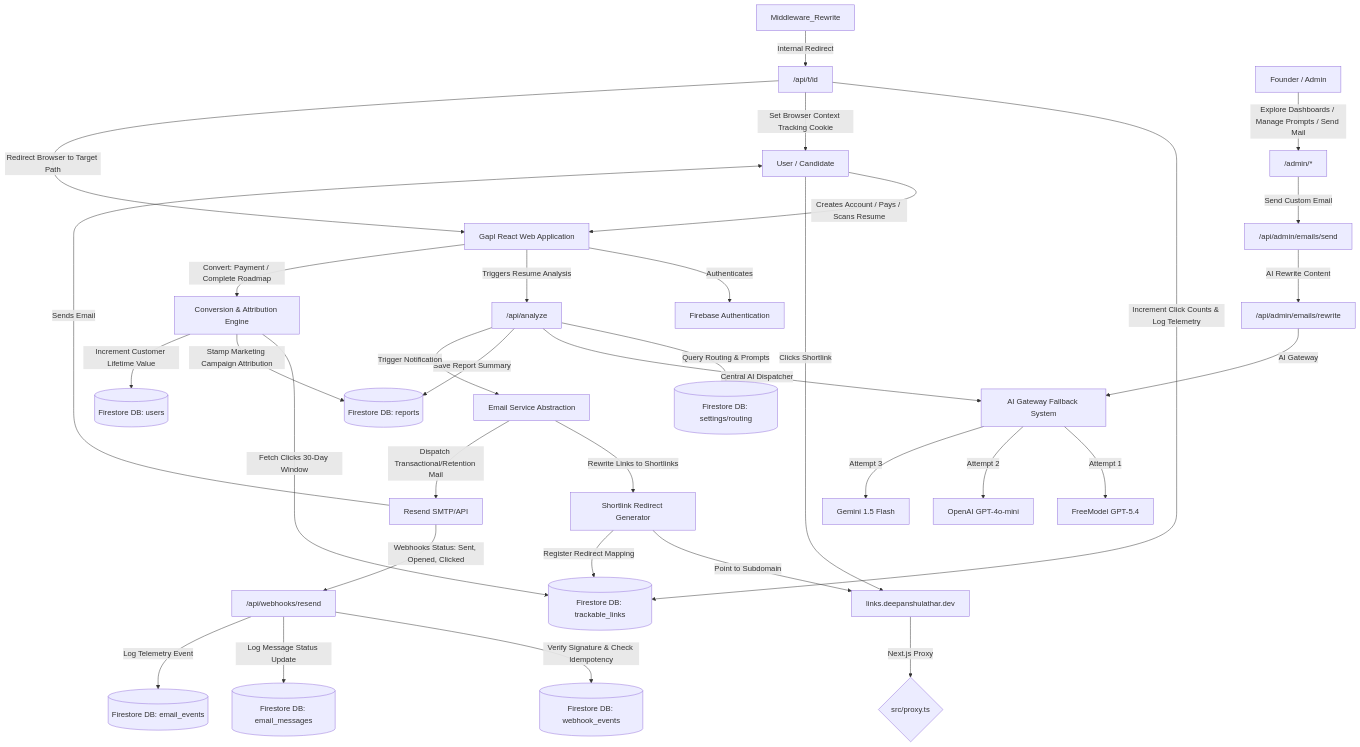
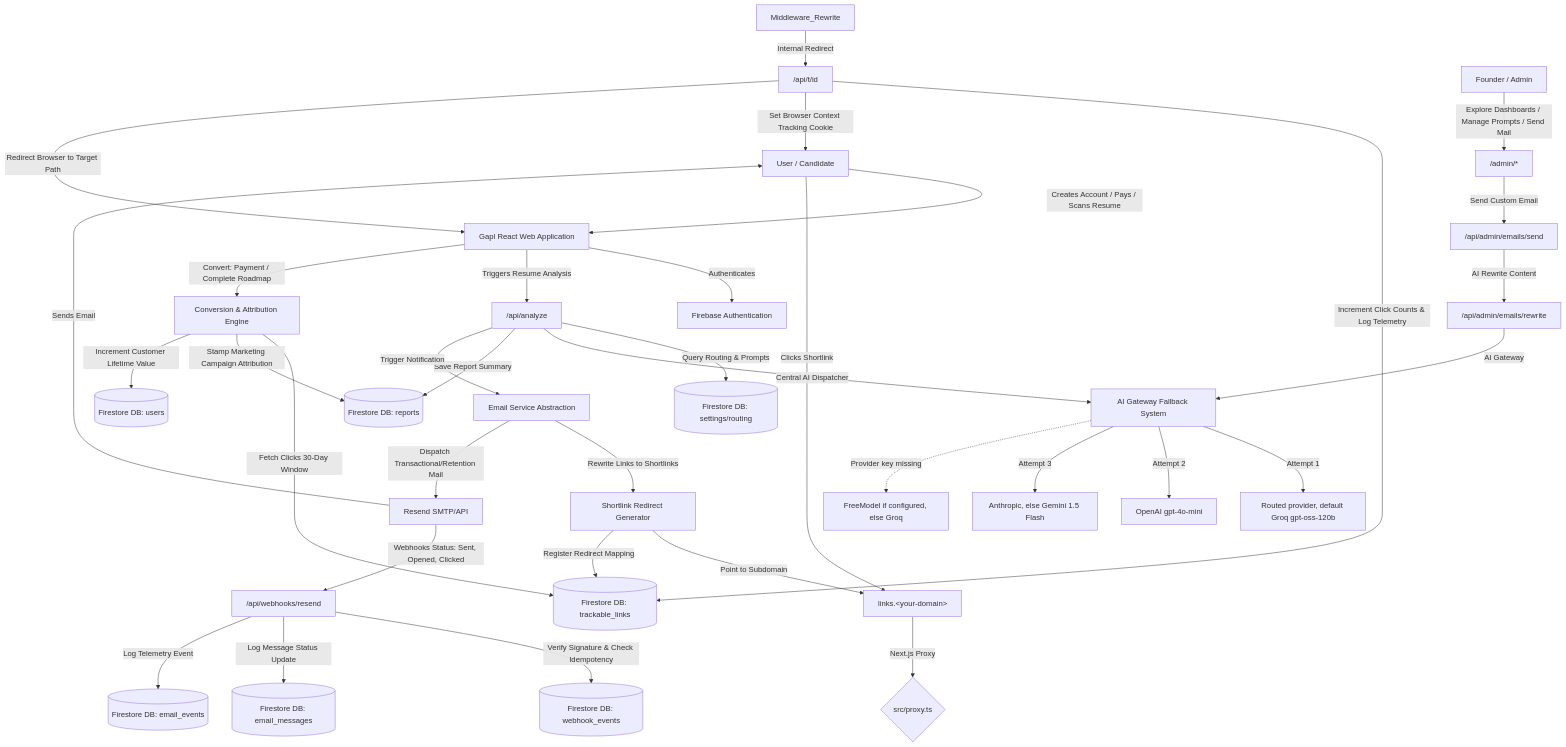
The diagram in README.md (latharrr/gapl), drawn with Mermaid before and after one commit. The commit also changed other lines of this file and 47 other files, not shown here.

````diff
--- a/README.md
+++ b/README.md
@@ -9,44 +9,45 @@
 ```mermaid
 graph TD
   User[User / Candidate] -->|Creates Account / Pays / Scans Resume| App[Gapl React Web Application]
   App -->|Authenticates| Firebase_Auth[Firebase Authentication]
   App -->|Triggers Resume Analysis| API_Analyze["/api/analyze"]
   
   API_Analyze -->|Query Routing & Prompts| Firestore[(Firestore DB: settings/routing)]
   API_Analyze -->|Central AI Dispatcher| AI_Gateway[AI Gateway Fallback System]
-  AI_Gateway -->|Attempt 1| FreeModel[FreeModel GPT-5.4]
-  AI_Gateway -->|Attempt 2| OpenAI[OpenAI GPT-4o-mini]
-  AI_Gateway -->|Attempt 3| Gemini[Gemini 1.5 Flash]
+  AI_Gateway -->|Attempt 1| Preferred[Routed provider, default Groq gpt-oss-120b]
+  AI_Gateway -->|Attempt 2| OpenAI[OpenAI gpt-4o-mini]
+  AI_Gateway -->|Attempt 3| Anthropic[Anthropic, else Gemini 1.5 Flash]
+  AI_Gateway -.->|Provider key missing| FreeModel[FreeModel if configured, else Groq]
   
   API_Analyze -->|Save Report Summary| Reports_Db[(Firestore DB: reports)]
   API_Analyze -->|Trigger Notification| Email_Service[Email Service Abstraction]
   
   Email_Service -->|Rewrite Links to Shortlinks| Link_Tracker[Shortlink Redirect Generator]
-  Link_Tracker -->|Point to Subdomain| Links_Domain["links.deepanshulathar.dev"]
+  Link_Tracker -->|Point to Subdomain| Links_Domain["links.&lt;your-domain&gt;"]
   Link_Tracker -->|Register Redirect Mapping| Trackable_Links[(Firestore DB: trackable_links)]
   
   Email_Service -->|Dispatch Transactional/Retention Mail| Resend_API[Resend SMTP/API]
   Resend_API -->|Sends Email| User
   
   User -->|Clicks Shortlink| Links_Domain
   Links_Domain -->|Next.js Proxy| Proxy_Rewrite{"src/proxy.ts"}
   Middleware_Rewrite -->|Internal Redirect| Redirect_API["/api/t/id"]
   Redirect_API -->|Increment Click Counts & Log Telemetry| Trackable_Links
   Redirect_API -->|Set Browser Context Tracking Cookie| User
   Redirect_API -->|Redirect Browser to Target Path| App
   
   Resend_API -->|Webhooks Status: Sent, Opened, Clicked| Webhook_API["/api/webhooks/resend"]
   Webhook_API -->|Verify Signature & Check Idempotency| Webhook_Events[(Firestore DB: webhook_events)]
   Webhook_API -->|Log Message Status Update| Email_Messages[(Firestore DB: email_messages)]
   Webhook_API -->|Log Telemetry Event| Email_Events[(Firestore DB: email_events)]
   
   App -->|Convert: Payment / Complete Roadmap| Conversion_Engine[Conversion & Attribution Engine]
   Conversion_Engine -->|Fetch Clicks 30-Day Window| Trackable_Links
   Conversion_Engine -->|Stamp Marketing Campaign Attribution| Reports_Db
   Conversion_Engine -->|Increment Customer Lifetime Value| Users_Db[(Firestore DB: users)]
   
   Founder[Founder / Admin] -->|Explore Dashboards / Manage Prompts / Send Mail| Admin_Panel["/admin/*"]
   Admin_Panel -->|Send Custom Email| Admin_Send_API["/api/admin/emails/send"]
   Admin_Send_API -->|AI Rewrite Content| Admin_Rewrite_API["/api/admin/emails/rewrite"]
   Admin_Rewrite_API -->|AI Gateway| AI_Gateway
 ```
````
